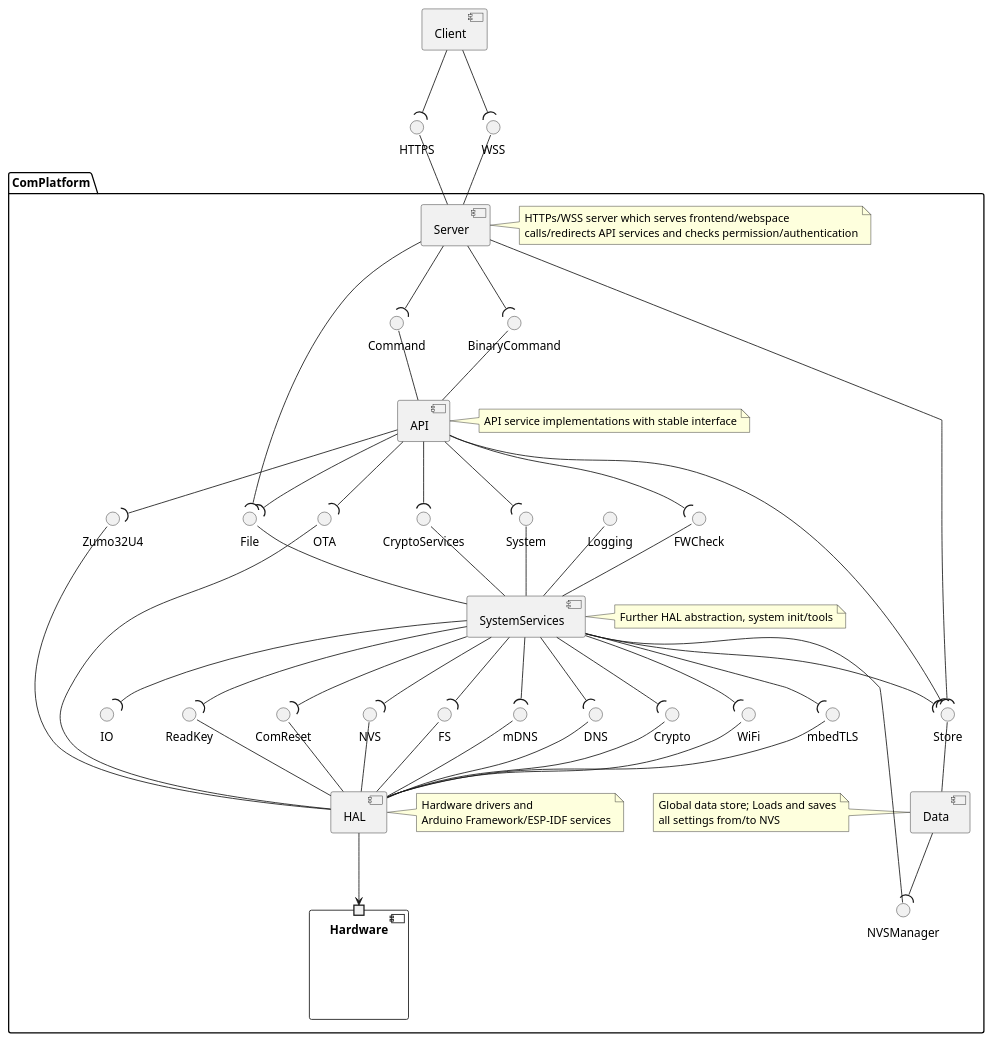
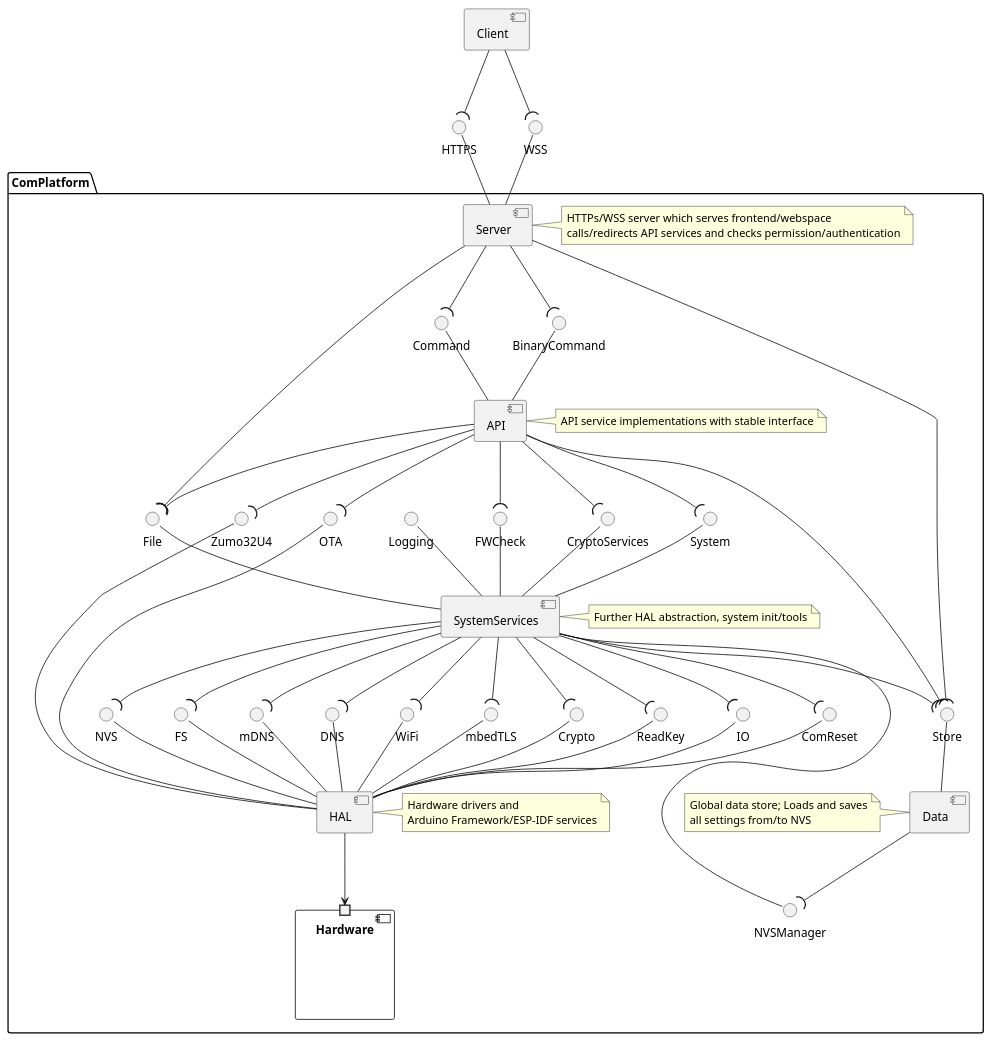
One commit to NewTec-GmbH/ZumoComSystem changed the diagram in doc/architecture/server/01_Server_Logical_ARCH.plantuml. Above: the diagram before and after it, drawn with PlantUML. The commit also changed 1 other file, not shown here.

Commit message:
refactor(doc): Refactor architecture diagrams

```diff
--- a/doc/architecture/server/01_Server_Logical_ARCH.plantuml
+++ b/doc/architecture/server/01_Server_Logical_ARCH.plantuml
@@ -1,114 +1,115 @@
 @startuml
 ' Server interface
 interface "WSS"
 interface "HTTPS"
 
 component "Client" as client {
     client -down-(WSS
     client -down-(HTTPS
 }
 
 package ComPlatform {
     ' API interface
     interface "Command"
     interface "BinaryCommand"
 
     ' HAL inteface (with Arduino framework + ESP-IDF)
     interface "ComReset"
     interface "ReadKey"
     interface "Crypto"
     interface "mbedTLS"
     interface "WiFi"
     interface "DNS"
     interface "mDNS"
     interface "OTA"
     interface "FS"
     interface "NVS"
     interface "IO"
     interface "Zumo32U4"
 
     ' System Services interface
     interface "File"
     interface "CryptoServices"
     interface "NVSManager"
     interface "Logging"
     interface "FWCheck"
     interface "System"
 
     ' Data interface
     interface "Store"
 
     component "Hardware" as hardware {
         port " " as hardwareport
     }
 
     component "HAL" {
         HAL-up-ComReset
+        HAL-up-IO
         HAL-up-ReadKey
         HAL-up-Zumo32U4
         HAL-up-Crypto
         HAL-up-mbedTLS
         HAL-up-WiFi
         HAL-up-DNS
         HAL-up-mDNS
         HAL-up-OTA
         HAL-up-FS
         HAL-up-NVS
 
         HAL-down->hardwareport
     }
     note right of HAL : Hardware drivers and\nArduino Framework/ESP-IDF services
 
     component "Data" {
         Data-up-Store
         Data-down-(NVSManager
     }
     note left of Data : Global data store; Loads and saves\nall settings from/to NVS
 
     component "SystemServices" {
         SystemServices-up-FWCheck
         SystemServices-up-File
         SystemServices-up-CryptoServices
         SystemServices-up-NVSManager
         SystemServices-up-System
         SystemServices-up-Logging
 
         SystemServices-down-(ReadKey
         SystemServices-down-(Crypto
         SystemServices-down-(mbedTLS
         SystemServices-down-(FS
         SystemServices-down-(WiFi
         SystemServices-down-(DNS
         SystemServices-down-(mDNS
         SystemServices-down-(NVS
         SystemServices-down-(Store
         SystemServices-down-(ComReset
         SystemServices-down-(IO
     }
     note right of SystemServices : Further HAL abstraction, system init/tools
 
     component "API"{
         API -up- BinaryCommand
         API -up- Command
 
         API-down-(File
         API-down-(Store
         API-down-(FWCheck
         API-down-(OTA
         API-down-(Zumo32U4
         API-down-(CryptoServices
         API-down-(System
     }
     note right of API : API service implementations with stable interface
 
     component "Server"{
         Server-up-WSS
         Server-up-HTTPS
 
         Server-down-(File
         Server-down-(Store
         Server-down-(BinaryCommand
         Server-down-(Command
     }
     note right of Server : HTTPs/WSS server which serves frontend/webspace\ncalls/redirects API services and checks permission/authentication
     @enduml
```
